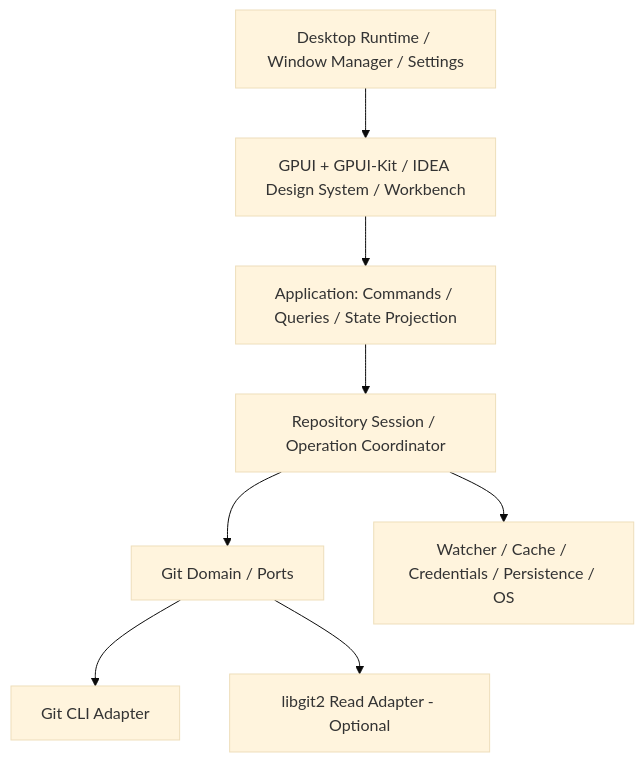
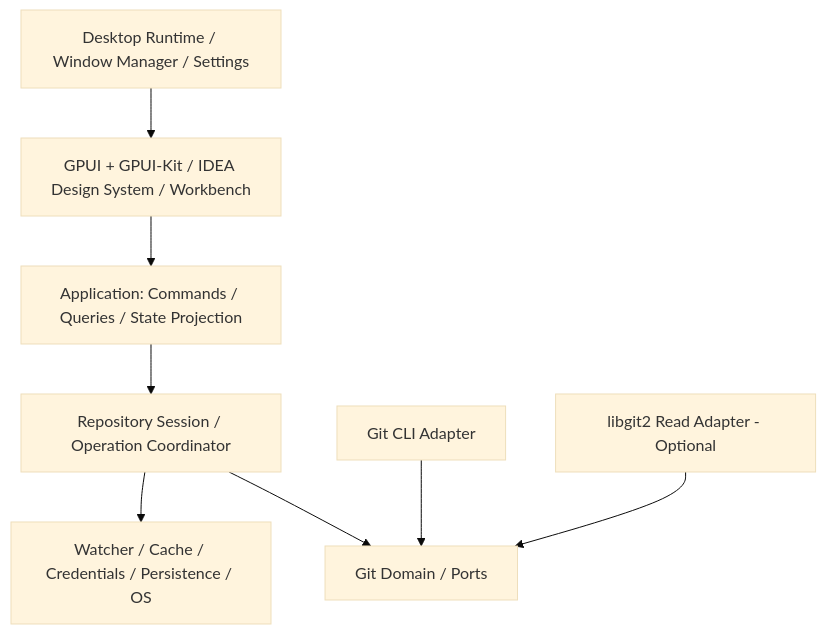
Before and after one commit to dengxiujun/IdeaGit: the first of 4 diagrams in docs/architecture/ARCH-001-overview.md, drawn with Mermaid (base theme). The commit also changed other lines of this file and 9 other files, not shown here.

````diff
--- a/docs/architecture/ARCH-001-overview.md
+++ b/docs/architecture/ARCH-001-overview.md
@@ -60,15 +62,15 @@
 ```mermaid
 flowchart TB
     Desktop[Desktop Runtime / Window Manager / Settings]
     UI[GPUI + GPUI-Kit / IDEA Design System / Workbench]
     App[Application: Commands / Queries / State Projection]
     Coord[Repository Session / Operation Coordinator]
     Dom[Git Domain / Ports]
     CLI[Git CLI Adapter]
     Lib[libgit2 Read Adapter - Optional]
     Infra[Watcher / Cache / Credentials / Persistence / OS]
     Desktop --> UI --> App --> Coord --> Dom
-    Dom --> CLI
-    Dom --> Lib
+    CLI --> Dom
+    Lib --> Dom
     Coord --> Infra
 ```
````
